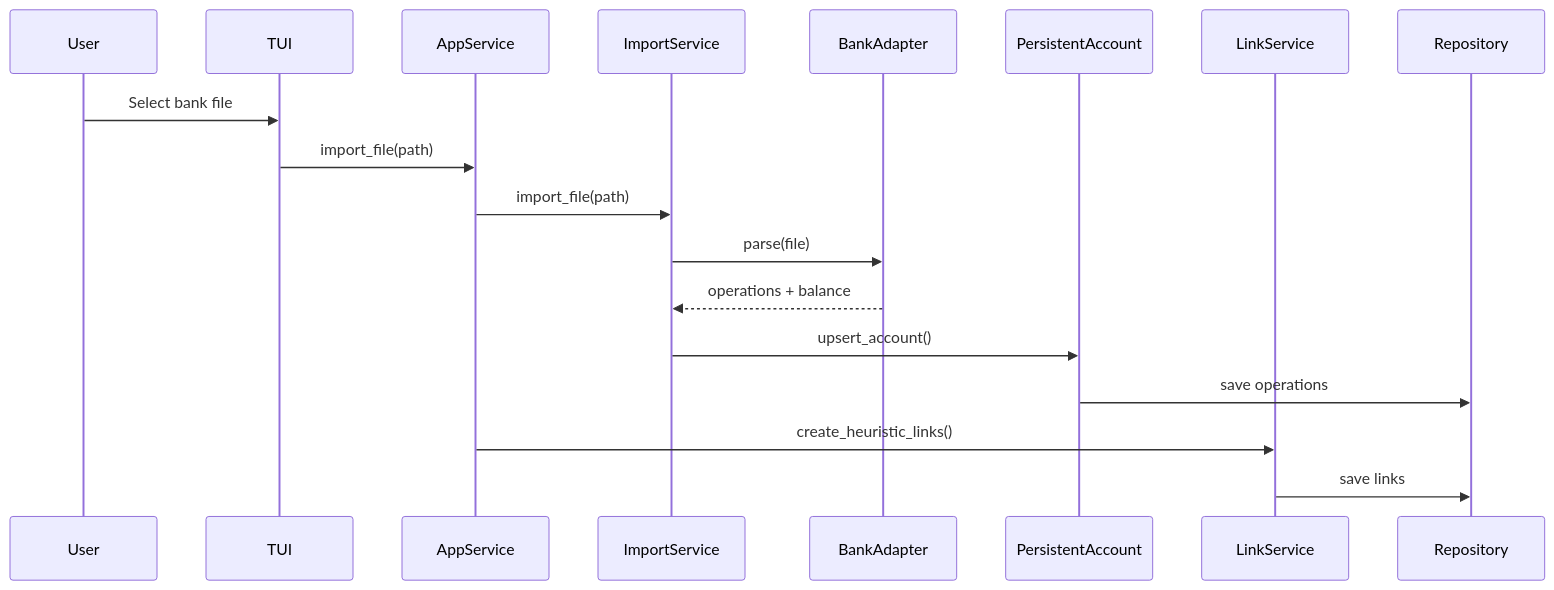
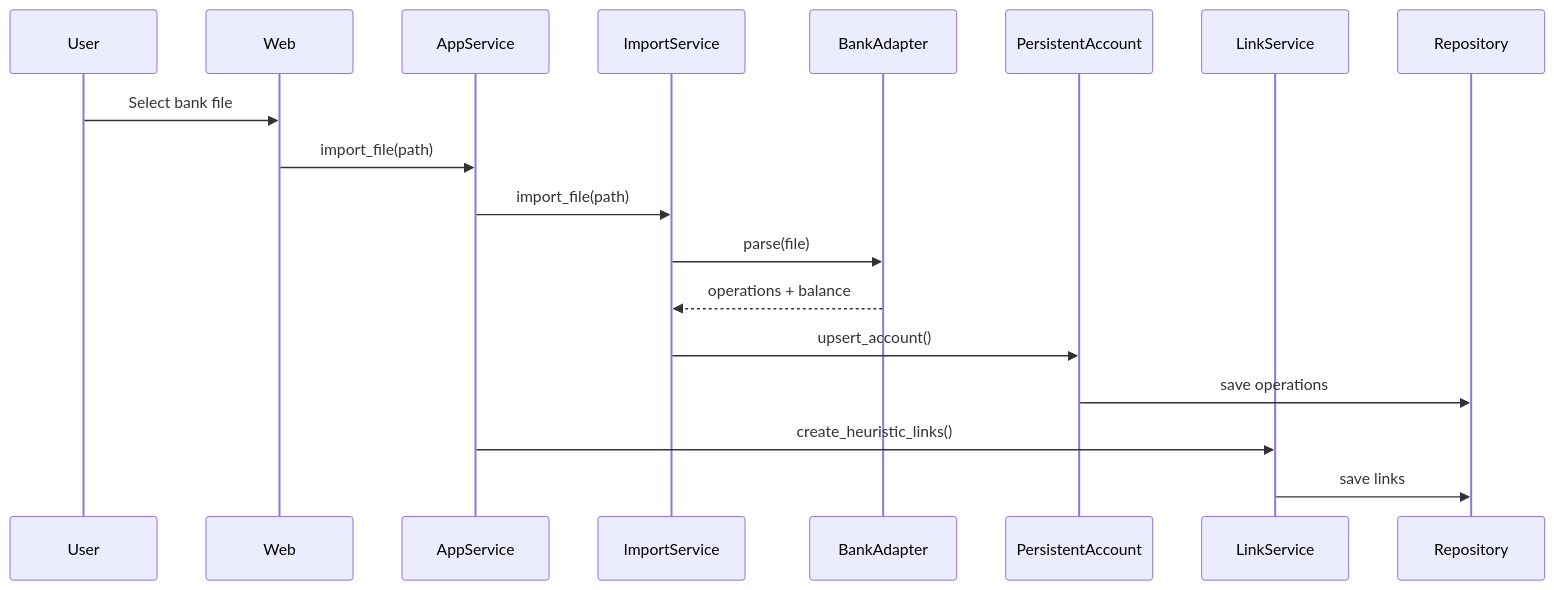
Before and after one commit to corentin-core/budget-forecaster: the third of 3 diagrams in docs/dev/account.md, drawn with Mermaid. The commit also changed other lines of this file and 94 other files, not shown here.

First line of the commit message:
refactor: Retire the TUI in favor of the web app (#327)

````diff
--- a/docs/dev/account.md
+++ b/docs/dev/account.md
@@ -100,21 +95,21 @@
 ```mermaid
 sequenceDiagram
     participant User
-    participant TUI
+    participant Web
     participant AppService
     participant ImportService
     participant BankAdapter
     participant PersistentAccount
     participant LinkService
     participant Repository
 
-    User->>TUI: Select bank file
-    TUI->>AppService: import_file(path)
+    User->>Web: Select bank file
+    Web->>AppService: import_file(path)
     AppService->>ImportService: import_file(path)
     ImportService->>BankAdapter: parse(file)
     BankAdapter-->>ImportService: operations + balance
     ImportService->>PersistentAccount: upsert_account()
     PersistentAccount->>Repository: save operations
     AppService->>LinkService: create_heuristic_links()
     LinkService->>Repository: save links
 ```
````
